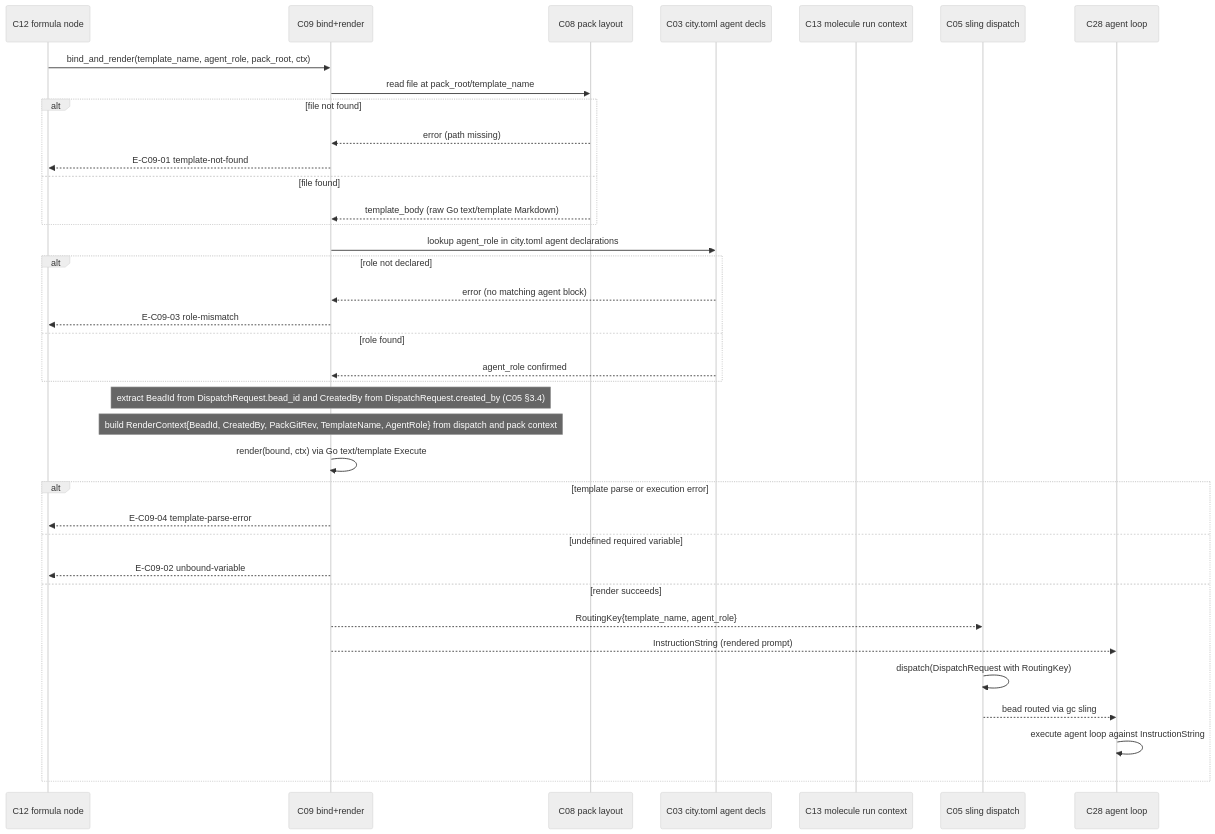
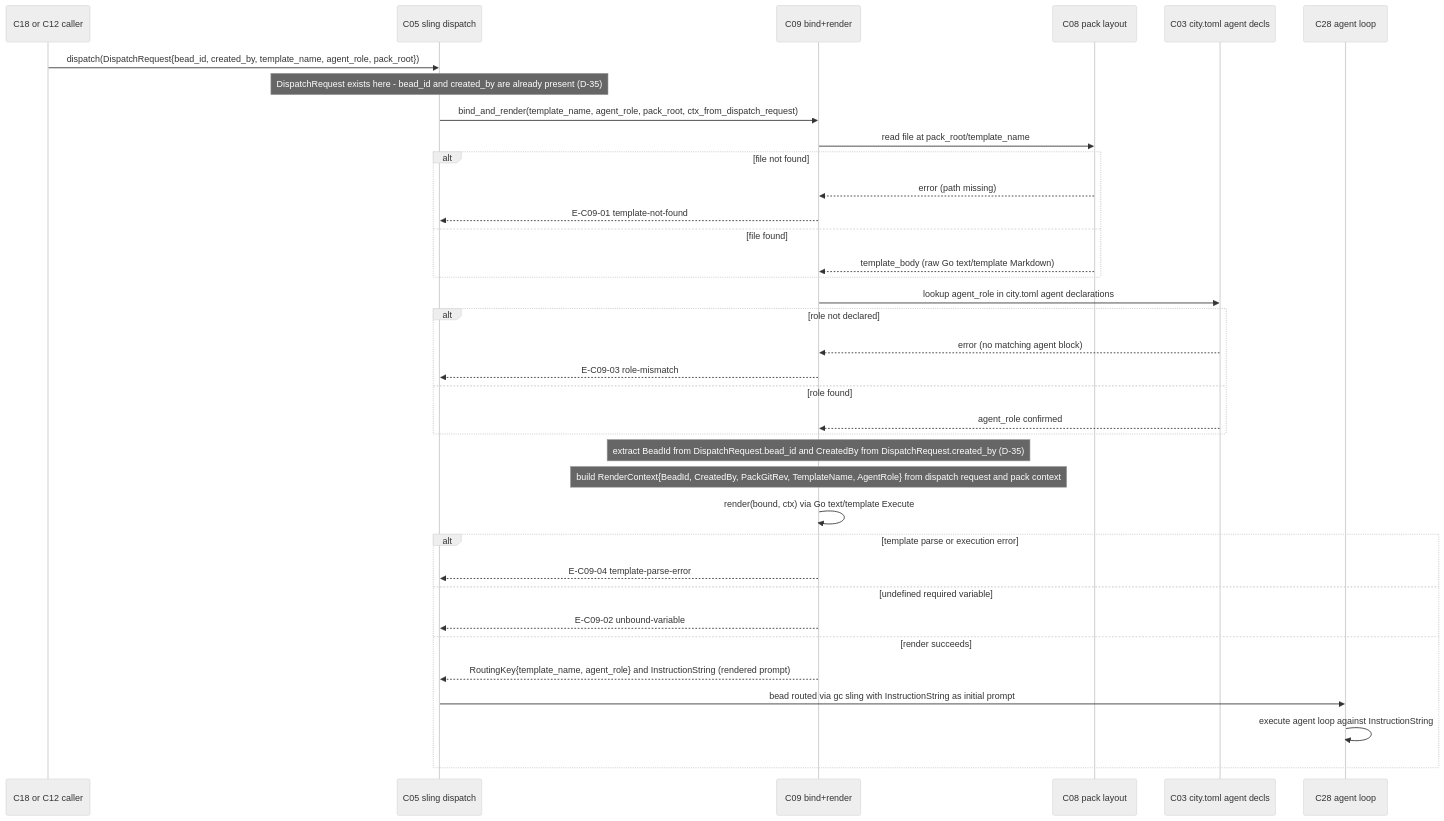
The second of 2 diagrams in architectures/v4/spec/C09-prompt-template-binding.md (lago-morph/software-factory), drawn with Mermaid (neutral theme) before and after one commit. The commit also changed other lines of this file and 4 other files, not shown here.

````diff
--- a/architectures/v4/spec/C09-prompt-template-binding.md
+++ b/architectures/v4/spec/C09-prompt-template-binding.md
@@ -209,40 +221,39 @@
 ```mermaid
 sequenceDiagram
-    participant C12 as C12 formula node
+    participant C18 as C18 or C12 caller
+    participant C05 as C05 sling dispatch
     participant C09 as C09 bind+render
     participant C08 as C08 pack layout
     participant C03 as C03 city.toml agent decls
-    participant C13 as C13 molecule run context
-    participant C05 as C05 sling dispatch
     participant C28 as C28 agent loop
 
-    C12->>C09: bind_and_render(template_name, agent_role, pack_root, ctx)
+    C18->>C05: dispatch(DispatchRequest{bead_id, created_by, template_name, agent_role, pack_root})
+    Note over C05: DispatchRequest exists here - bead_id and created_by are already present (D-35)
+    C05->>C09: bind_and_render(template_name, agent_role, pack_root, ctx_from_dispatch_request)
     C09->>C08: read file at pack_root/template_name
     alt file not found
         C08-->>C09: error (path missing)
-        C09-->>C12: E-C09-01 template-not-found
+        C09-->>C05: E-C09-01 template-not-found
     else file found
         C08-->>C09: template_body (raw Go text/template Markdown)
     end
     C09->>C03: lookup agent_role in city.toml agent declarations
     alt role not declared
         C03-->>C09: error (no matching agent block)
-        C09-->>C12: E-C09-03 role-mismatch
+        C09-->>C05: E-C09-03 role-mismatch
     else role found
         C03-->>C09: agent_role confirmed
     end
-    Note over C09: extract BeadId from DispatchRequest.bead_id and CreatedBy from DispatchRequest.created_by (C05 §3.4)
-    Note over C09: build RenderContext{BeadId, CreatedBy, PackGitRev, TemplateName, AgentRole} from dispatch and pack context
+    Note over C09: extract BeadId from DispatchRequest.bead_id and CreatedBy from DispatchRequest.created_by (D-35)
+    Note over C09: build RenderContext{BeadId, CreatedBy, PackGitRev, TemplateName, AgentRole} from dispatch request and pack context
     C09->>C09: render(bound, ctx) via Go text/template Execute
     alt template parse or execution error
-        C09-->>C12: E-C09-04 template-parse-error
+        C09-->>C05: E-C09-04 template-parse-error
     else undefined required variable
-        C09-->>C12: E-C09-02 unbound-variable
+        C09-->>C05: E-C09-02 unbound-variable
     else render succeeds
-        C09-->>C05: RoutingKey{template_name, agent_role}
-        C09-->>C28: InstructionString (rendered prompt)
-        C05->>C05: dispatch(DispatchRequest with RoutingKey)
-        C05-->>C28: bead routed via gc sling
+        C09-->>C05: RoutingKey{template_name, agent_role} and InstructionString (rendered prompt)
+        C05->>C28: bead routed via gc sling with InstructionString as initial prompt
         C28->>C28: execute agent loop against InstructionString
     end
 ```
````
